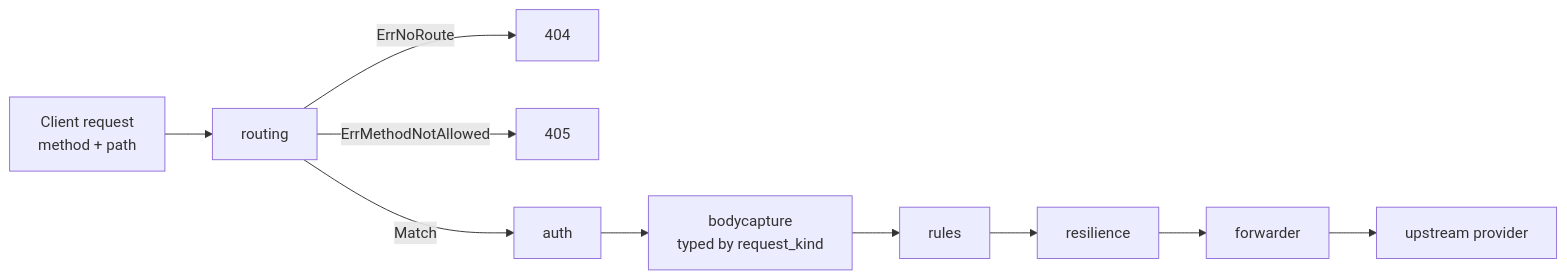
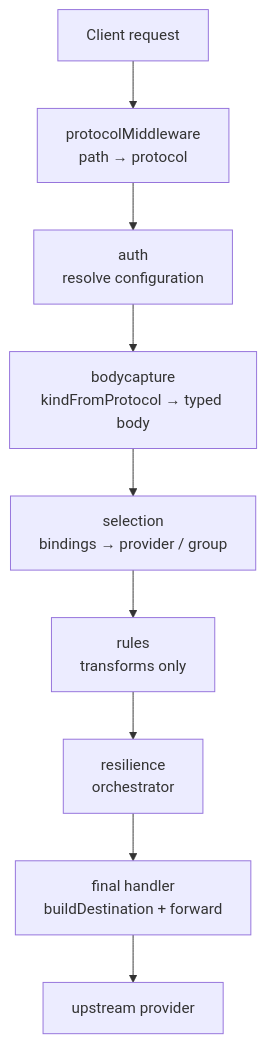
One commit to andyjmorgan/slipspace-gateway changed the first of 4 diagrams in docs/routing.md. Above: the diagram before and after it, drawn with Mermaid. The commit also changed other lines of this file and 27 other files, not shown here.

````diff
--- a/docs/routing.md
+++ b/docs/routing.md
@@ -36,12 +45,11 @@
 ```mermaid
-flowchart LR
-    A[Client request<br/>method + path] --> B[routing]
-    B -- ErrNoRoute --> X[404]
-    B -- ErrMethodNotAllowed --> Y[405]
-    B -- Match --> C[auth]
-    C --> D[bodycapture<br/>typed by request_kind]
-    D --> E[rules]
-    E --> F[resilience]
-    F --> G[forwarder]
-    G --> H[upstream provider]
+flowchart TB
+    A[Client request] --> P[protocolMiddleware<br/>path → protocol]
+    P --> AU[auth<br/>resolve configuration]
+    AU --> BC[bodycapture<br/>kindFromProtocol → typed body]
+    BC --> SEL[selection<br/>bindings → provider / group]
+    SEL --> RU[rules<br/>transforms only]
+    RU --> RE[resilience<br/>orchestrator]
+    RE --> F[final handler<br/>buildDestination + forward]
+    F --> U[upstream provider]
 ```
````
